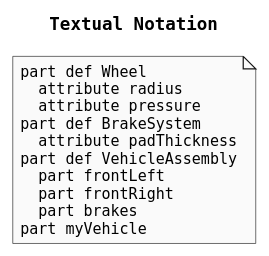
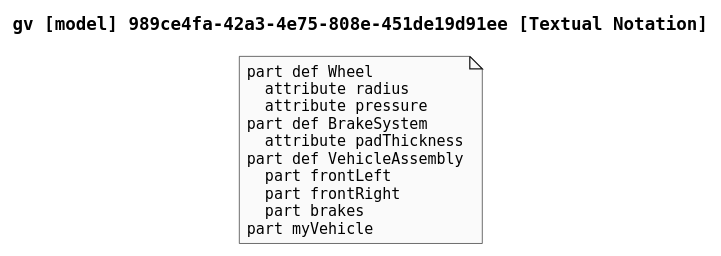
The diagram in plantuml-examples/14-textual-notation.puml (mycr0ft/sysmlpy), drawn with PlantUML before and after one commit. The commit also changed 28 other files, not shown here.

```diff
--- a/plantuml-examples/14-textual-notation.puml
+++ b/plantuml-examples/14-textual-notation.puml
@@ -1,23 +1,23 @@
 @startuml
 
 skinparam monochrome true
 skinparam defaultFontSize 12
 skinparam defaultFontName Helvetica
 skinparam defaultFontName Monospaced
 
-title Textual Notation
+title gv [model] 989ce4fa-42a3-4e75-808e-451de19d91ee [Textual Notation]
 
 note as TextualNotation
 part def Wheel
   attribute radius
   attribute pressure
 part def BrakeSystem
   attribute padThickness
 part def VehicleAssembly
   part frontLeft
   part frontRight
   part brakes
 part myVehicle
 end note
 
 @enduml
```
